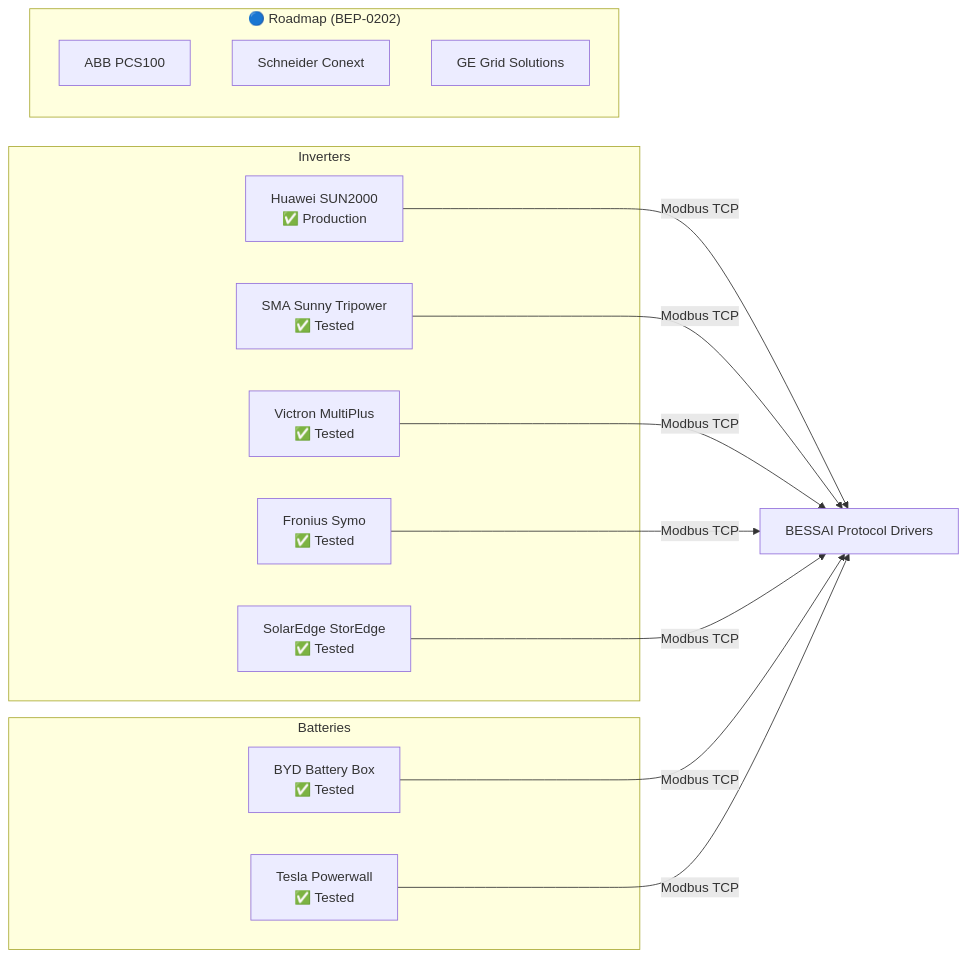
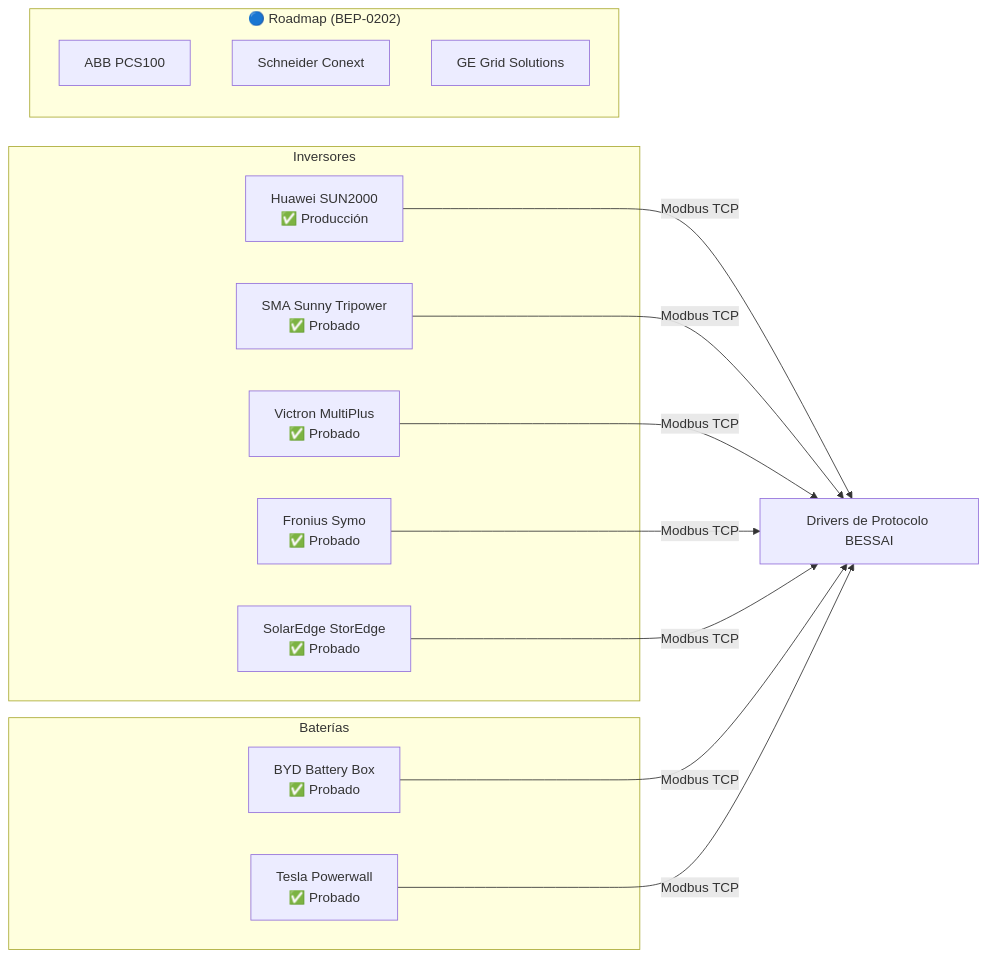
One commit to bess-solutions/open-bess-edge changed the third of 3 diagrams in README.md. Above: the diagram before and after it, drawn with Mermaid. The commit also changed other lines of this file and 38 other files, not shown here.

````diff
--- a/README.md
+++ b/README.md
@@ -139,21 +133,21 @@
 ```mermaid
 graph LR
-    subgraph Inverters
-        HW[Huawei SUN2000<br/>✅ Production]
-        SMA[SMA Sunny Tripower<br/>✅ Tested]
-        VIC[Victron MultiPlus<br/>✅ Tested]
-        FRO[Fronius Symo<br/>✅ Tested]
-        SE[SolarEdge StorEdge<br/>✅ Tested]
+    subgraph Inversores
+        HW[Huawei SUN2000<br/>✅ Producción]
+        SMA[SMA Sunny Tripower<br/>✅ Probado]
+        VIC[Victron MultiPlus<br/>✅ Probado]
+        FRO[Fronius Symo<br/>✅ Probado]
+        SE[SolarEdge StorEdge<br/>✅ Probado]
     end
-    subgraph Batteries
-        BYD[BYD Battery Box<br/>✅ Tested]
-        TES[Tesla Powerwall<br/>✅ Tested]
+    subgraph Baterías
+        BYD[BYD Battery Box<br/>✅ Probado]
+        TES[Tesla Powerwall<br/>✅ Probado]
     end
-    subgraph Pending["🔵 Roadmap (BEP-0202)"]
+    subgraph Pendientes["🔵 Roadmap (BEP-0202)"]
         ABB[ABB PCS100]
         SCH[Schneider Conext]
         GE[GE Grid Solutions]
     end
-    DRIV[BESSAI Protocol Drivers]
+    DRIV[Drivers de Protocolo BESSAI]
     HW & SMA & VIC & FRO & SE & BYD & TES -->|Modbus TCP| DRIV
 ```
````
